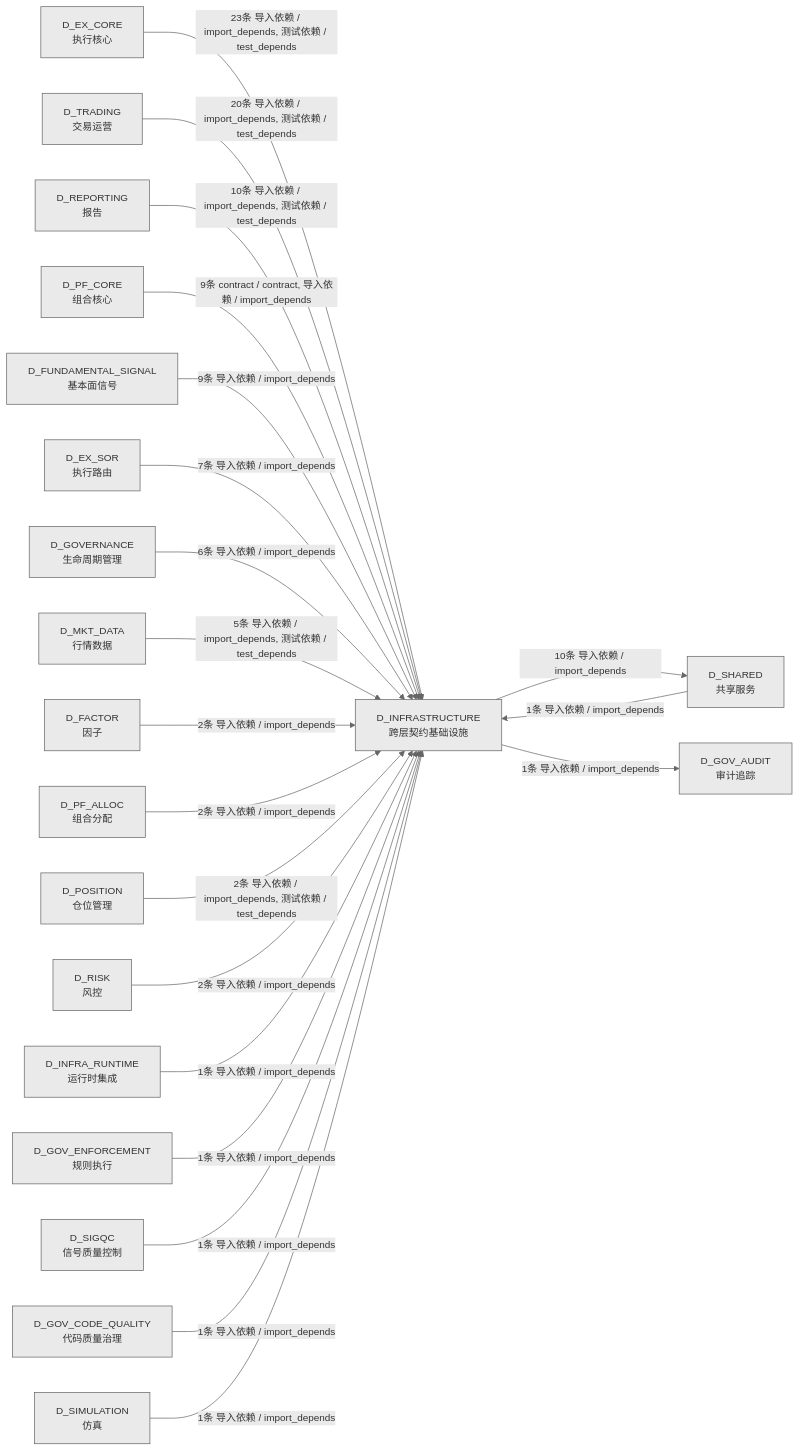
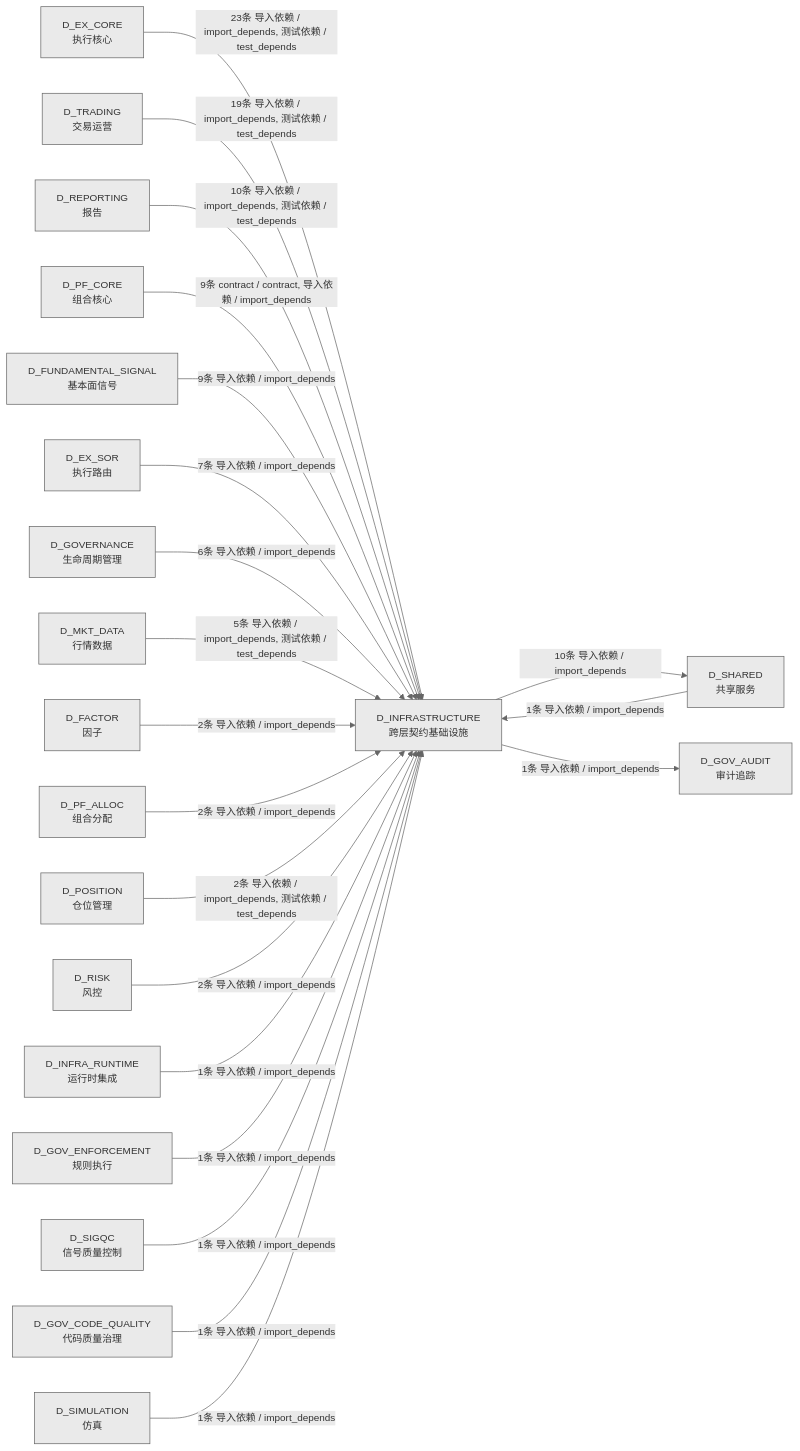
One commit to xuanFelixVan/ZephyrAlpha changed the third of 3 diagrams in docs/02_enterprise_architecture/02_domain_architecture_docs/02_d_infrastructure.md. Above: the diagram before and after it, drawn with Mermaid. The commit also changed other lines of this file and 186 other files, not shown here.

````diff
--- a/docs/02_enterprise_architecture/02_domain_architecture_docs/02_d_infrastructure.md
+++ b/docs/02_enterprise_architecture/02_domain_architecture_docs/02_d_infrastructure.md
@@ -350,44 +349,44 @@
 ```mermaid
 %%{init: {'theme': 'base', 'themeVariables': {'primaryColor': '#eaeaea', 'primaryTextColor': '#333333', 'primaryBorderColor': '#666666', 'lineColor': '#666666', 'secondaryColor': '#eaeaea', 'tertiaryColor': '#eaeaea', 'fontSize': '14px'}}}%%
 graph LR
     D_INFRASTRUCTURE["D_INFRASTRUCTURE<br/>跨层契约基础设施"]
     D_SHARED["D_SHARED<br/>共享服务"]
     D_GOV_AUDIT["D_GOV_AUDIT<br/>审计追踪"]
     D_EX_CORE["D_EX_CORE<br/>执行核心"]
     D_TRADING["D_TRADING<br/>交易运营"]
     D_REPORTING["D_REPORTING<br/>报告"]
     D_PF_CORE["D_PF_CORE<br/>组合核心"]
     D_FUNDAMENTAL_SIGNAL["D_FUNDAMENTAL_SIGNAL<br/>基本面信号"]
     D_EX_SOR["D_EX_SOR<br/>执行路由"]
     D_GOVERNANCE["D_GOVERNANCE<br/>生命周期管理"]
     D_MKT_DATA["D_MKT_DATA<br/>行情数据"]
     D_FACTOR["D_FACTOR<br/>因子"]
     D_PF_ALLOC["D_PF_ALLOC<br/>组合分配"]
     D_POSITION["D_POSITION<br/>仓位管理"]
     D_RISK["D_RISK<br/>风控"]
     D_INFRA_RUNTIME["D_INFRA_RUNTIME<br/>运行时集成"]
     D_GOV_ENFORCEMENT["D_GOV_ENFORCEMENT<br/>规则执行"]
     D_SIGQC["D_SIGQC<br/>信号质量控制"]
     D_GOV_CODE_QUALITY["D_GOV_CODE_QUALITY<br/>代码质量治理"]
     D_SIMULATION["D_SIMULATION<br/>仿真"]
     D_INFRASTRUCTURE -->|10条 导入依赖 / import_depends| D_SHARED
     D_INFRASTRUCTURE -->|1条 导入依赖 / import_depends| D_GOV_AUDIT
     D_EX_CORE -->|23条 导入依赖 / import_depends, 测试依赖 / test_depends| D_INFRASTRUCTURE
-    D_TRADING -->|20条 导入依赖 / import_depends, 测试依赖 / test_depends| D_INFRASTRUCTURE
+    D_TRADING -->|19条 导入依赖 / import_depends, 测试依赖 / test_depends| D_INFRASTRUCTURE
     D_REPORTING -->|10条 导入依赖 / import_depends, 测试依赖 / test_depends| D_INFRASTRUCTURE
     D_PF_CORE -->|9条 contract / contract, 导入依赖 / import_depends| D_INFRASTRUCTURE
     D_FUNDAMENTAL_SIGNAL -->|9条 导入依赖 / import_depends| D_INFRASTRUCTURE
     D_EX_SOR -->|7条 导入依赖 / import_depends| D_INFRASTRUCTURE
     D_GOVERNANCE -->|6条 导入依赖 / import_depends| D_INFRASTRUCTURE
     D_MKT_DATA -->|5条 导入依赖 / import_depends, 测试依赖 / test_depends| D_INFRASTRUCTURE
     D_FACTOR -->|2条 导入依赖 / import_depends| D_INFRASTRUCTURE
     D_PF_ALLOC -->|2条 导入依赖 / import_depends| D_INFRASTRUCTURE
     D_POSITION -->|2条 导入依赖 / import_depends, 测试依赖 / test_depends| D_INFRASTRUCTURE
     D_RISK -->|2条 导入依赖 / import_depends| D_INFRASTRUCTURE
     D_INFRA_RUNTIME -->|1条 导入依赖 / import_depends| D_INFRASTRUCTURE
     D_GOV_ENFORCEMENT -->|1条 导入依赖 / import_depends| D_INFRASTRUCTURE
     D_SHARED -->|1条 导入依赖 / import_depends| D_INFRASTRUCTURE
     D_SIGQC -->|1条 导入依赖 / import_depends| D_INFRASTRUCTURE
     D_GOV_CODE_QUALITY -->|1条 导入依赖 / import_depends| D_INFRASTRUCTURE
     D_SIMULATION -->|1条 导入依赖 / import_depends| D_INFRASTRUCTURE
 ```
````
